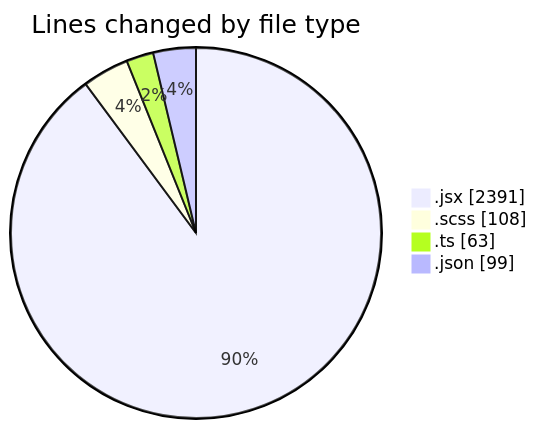
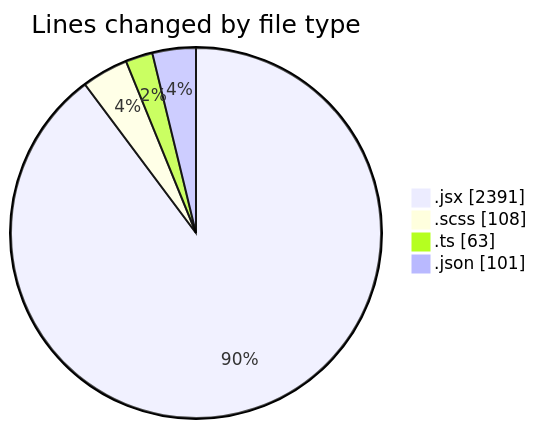
One commit to momahboobian/code-tracking changed the first of 2 diagrams in 2026-09-01/cda/README.md. Above: the diagram before and after it, drawn with Mermaid. The commit also changed other lines of this file and 1 other file, not shown here.

````diff
--- a/2026-09-01/cda/README.md
+++ b/2026-09-01/cda/README.md
@@ -50,8 +50,8 @@
 ```mermaid
 pie showData
 title Lines changed by file type
 ".jsx" : 2391
 ".scss" : 108
 ".ts" : 63
-".json" : 99
+".json" : 101
 ```
````
